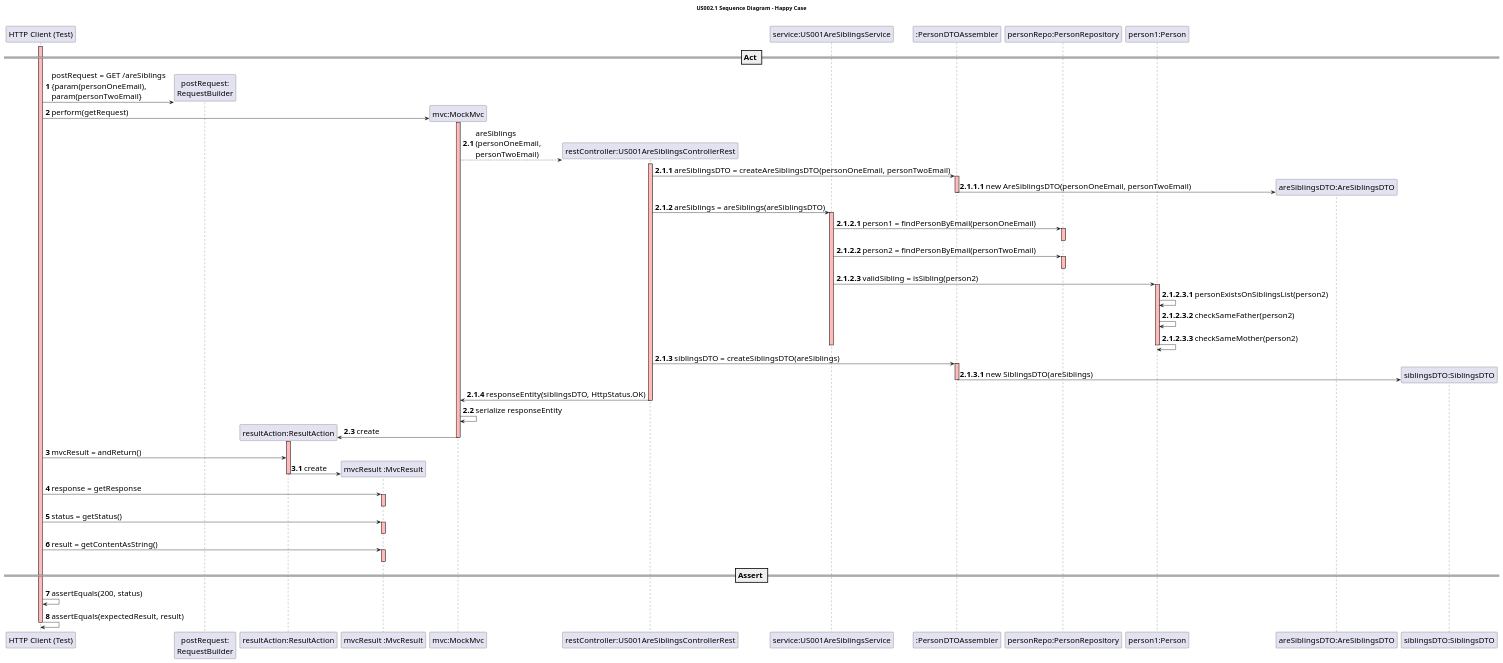
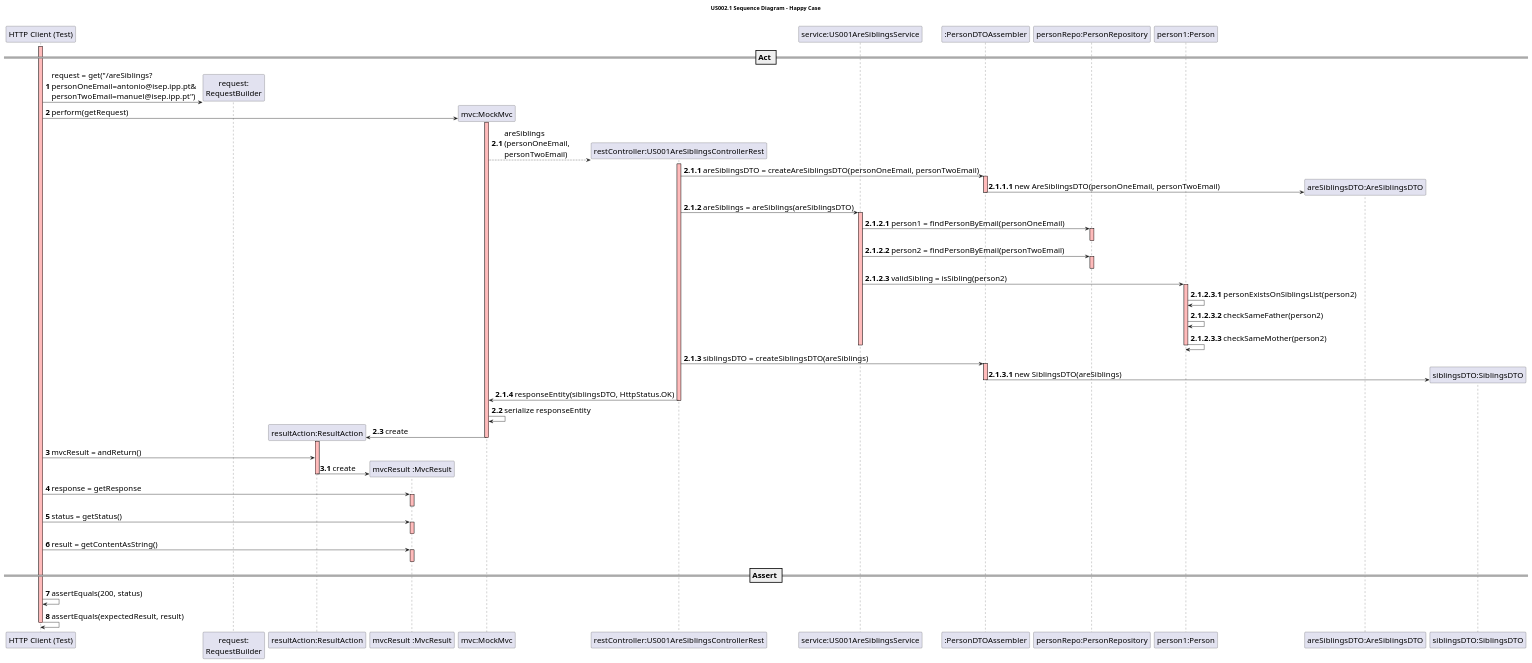
One commit to mleitaoribeiro/DevOpsMaven changed the diagram in src/main/java/switch2019/project/controllerLayer/rest/US001AreSiblingsControllerRestSD.puml. Above: the diagram before and after it, drawn with PlantUML.

Commit message:
fix #842 - corrected uri

```diff
--- a/src/main/java/switch2019/project/controllerLayer/rest/US001AreSiblingsControllerRestSD.puml
+++ b/src/main/java/switch2019/project/controllerLayer/rest/US001AreSiblingsControllerRestSD.puml
@@ -1,117 +1,117 @@
 @startuml
 
 skinparam DefaultFontSize 20
 
 title US002.1 Sequence Diagram - Happy Case
 
 participant "HTTP Client (Test)"
-participant "postRequest:\nRequestBuilder"
+participant "request:\nRequestBuilder"
 participant "resultAction:ResultAction"
 participant "mvcResult :MvcResult"
 participant "mvc:MockMvc"
 participant "restController:US001AreSiblingsControllerRest"
 participant "service:US001AreSiblingsService"
 participant ":PersonDTOAssembler"
 participant "personRepo:PersonRepository"
 participant "person1:Person"
 
 autonumber
 activate "HTTP Client (Test)" #FFBBBB
 
 == Act ==
 
-create "postRequest:\nRequestBuilder"
-"HTTP Client (Test)" -> "postRequest:\nRequestBuilder" : postRequest = GET /areSiblings \n{param(personOneEmail), \nparam(personTwoEmail}
+create "request:\nRequestBuilder"
+"HTTP Client (Test)" -> "request:\nRequestBuilder" : request = get("/areSiblings?\npersonOneEmail=antonio@isep.ipp.pt&\npersonTwoEmail=manuel@isep.ipp.pt")
 
 create "mvc:MockMvc"
 "HTTP Client (Test)" -> "mvc:MockMvc" : perform(getRequest)
 activate "mvc:MockMvc"  #FFBBBB
 
 autonumber 2.1
 create "restController:US001AreSiblingsControllerRest"
 "mvc:MockMvc"-->"restController:US001AreSiblingsControllerRest" :areSiblings\n(personOneEmail, \npersonTwoEmail)
 
 autonumber 2.1.1
 activate "restController:US001AreSiblingsControllerRest" #FFBBBB
 "restController:US001AreSiblingsControllerRest" -> ":PersonDTOAssembler": areSiblingsDTO = createAreSiblingsDTO(personOneEmail, personTwoEmail)
 
 autonumber 2.1.1.1
 create "areSiblingsDTO:AreSiblingsDTO"
 activate ":PersonDTOAssembler" #FFBBBB
 ":PersonDTOAssembler" -> "areSiblingsDTO:AreSiblingsDTO":  new AreSiblingsDTO(personOneEmail, personTwoEmail)
 deactivate ":PersonDTOAssembler"
 
 autonumber 2.1.2
 "restController:US001AreSiblingsControllerRest" -> "service:US001AreSiblingsService": areSiblings = areSiblings(areSiblingsDTO)
 activate "service:US001AreSiblingsService" #FFBBBB
 
 autonumber 2.1.2.1
 "service:US001AreSiblingsService" -> "personRepo:PersonRepository" : person1 = findPersonByEmail(personOneEmail)
 activate "personRepo:PersonRepository" #FFBBBB
 deactivate "personRepo:PersonRepository"
 
 "service:US001AreSiblingsService" -> "personRepo:PersonRepository" : person2 = findPersonByEmail(personTwoEmail)
 activate "personRepo:PersonRepository" #FFBBBB
 deactivate "personRepo:PersonRepository"
 
 "service:US001AreSiblingsService" -> "person1:Person" : validSibling = isSibling(person2)
 activate "person1:Person" #FFBBBB
 
 autonumber 2.1.2.3.1
 "person1:Person" -> "person1:Person" :  personExistsOnSiblingsList(person2)
 "person1:Person" -> "person1:Person" :  checkSameFather(person2)
 "person1:Person" -> "person1:Person" :  checkSameMother(person2)
 
 deactivate "person1:Person"
 deactivate "service:US001AreSiblingsService"
 
 autonumber 2.1.3
 "restController:US001AreSiblingsControllerRest" -> ":PersonDTOAssembler": siblingsDTO = createSiblingsDTO(areSiblings)
 activate ":PersonDTOAssembler" #FFBBBB
 create "siblingsDTO:SiblingsDTO"
 
 autonumber 2.1.3.1
 ":PersonDTOAssembler" -> "siblingsDTO:SiblingsDTO": new SiblingsDTO(areSiblings)
 deactivate ":PersonDTOAssembler"
 
 autonumber 2.1.4
 "restController:US001AreSiblingsControllerRest" -> "mvc:MockMvc": responseEntity(siblingsDTO, HttpStatus.OK)
 deactivate "restController:US001AreSiblingsControllerRest"
 
 autonumber 2.2
 "mvc:MockMvc" -> "mvc:MockMvc": serialize responseEntity
 
 autonumber 2.3
 create "resultAction:ResultAction"
 "mvc:MockMvc" -> "resultAction:ResultAction" : create
 activate "resultAction:ResultAction" #FFBBBB
 deactivate "mvc:MockMvc"
 
 autonumber 3
 
 "HTTP Client (Test)" -> "resultAction:ResultAction" : mvcResult = andReturn()
 
 create "mvcResult :MvcResult"
 autonumber 3.1
 "resultAction:ResultAction" -> "mvcResult :MvcResult" : create
 deactivate "resultAction:ResultAction"
 
 autonumber 4
 "HTTP Client (Test)" -> "mvcResult :MvcResult" : response = getResponse
 activate "mvcResult :MvcResult" #FFBBBB
 deactivate "mvcResult :MvcResult"
 
 "HTTP Client (Test)" -> "mvcResult :MvcResult" : status = getStatus()
 activate "mvcResult :MvcResult" #FFBBBB
 deactivate "mvcResult :MvcResult"
 
 "HTTP Client (Test)" -> "mvcResult :MvcResult" : result = getContentAsString()
 activate "mvcResult :MvcResult" #FFBBBB
 deactivate "mvcResult :MvcResult"
 
 == Assert ==
 "HTTP Client (Test)" -> "HTTP Client (Test)" : assertEquals(200, status)
 "HTTP Client (Test)" -> "HTTP Client (Test)" : assertEquals(expectedResult, result)
 deactivate "HTTP Client (Test)"
 
 @enduml
```
